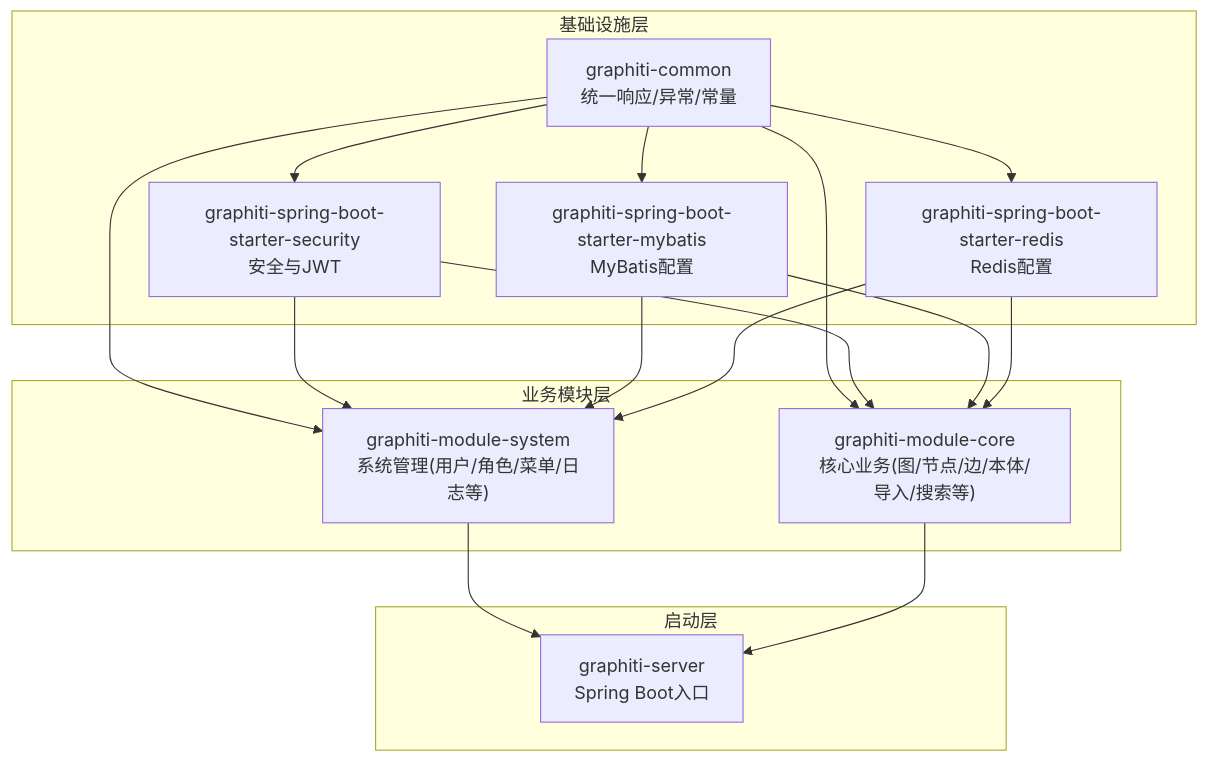
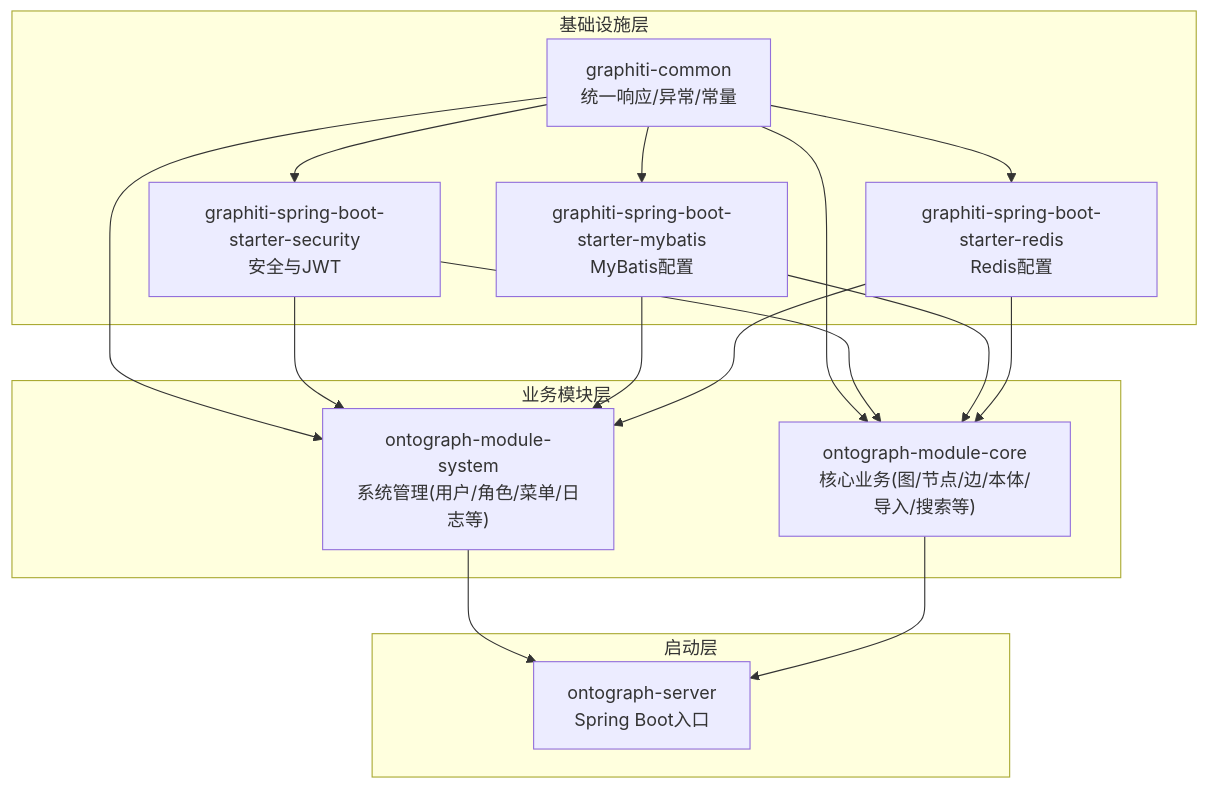
The first of 7 diagrams in docs/manual/最佳实践/团队协作实践.md (joezxh/graphiti-java), drawn with Mermaid before and after one commit. The commit also changed other lines of this file and 200 other files, not shown here.

````diff
--- a/docs/manual/最佳实践/团队协作实践.md
+++ b/docs/manual/最佳实践/团队协作实践.md
@@ -41,29 +41,29 @@
 ```mermaid
 graph TB
 subgraph "基础设施层"
 COMMON["graphiti-common<br/>统一响应/异常/常量"]
 SEC["graphiti-spring-boot-starter-security<br/>安全与JWT"]
 MYBATIS["graphiti-spring-boot-starter-mybatis<br/>MyBatis配置"]
 REDIS["graphiti-spring-boot-starter-redis<br/>Redis配置"]
 end
 subgraph "业务模块层"
-SYS["graphiti-module-system<br/>系统管理(用户/角色/菜单/日志等)"]
-CORE["graphiti-module-core<br/>核心业务(图/节点/边/本体/导入/搜索等)"]
+SYS["ontograph-module-system<br/>系统管理(用户/角色/菜单/日志等)"]
+CORE["ontograph-module-core<br/>核心业务(图/节点/边/本体/导入/搜索等)"]
 end
 subgraph "启动层"
-SERVER["graphiti-server<br/>Spring Boot入口"]
+SERVER["ontograph-server<br/>Spring Boot入口"]
 end
 COMMON --> SEC
 COMMON --> MYBATIS
 COMMON --> REDIS
 COMMON --> SYS
 COMMON --> CORE
 SEC --> SYS
 SEC --> CORE
 MYBATIS --> SYS
 MYBATIS --> CORE
 REDIS --> SYS
 REDIS --> CORE
 SYS --> SERVER
 CORE --> SERVER
 ```
````
